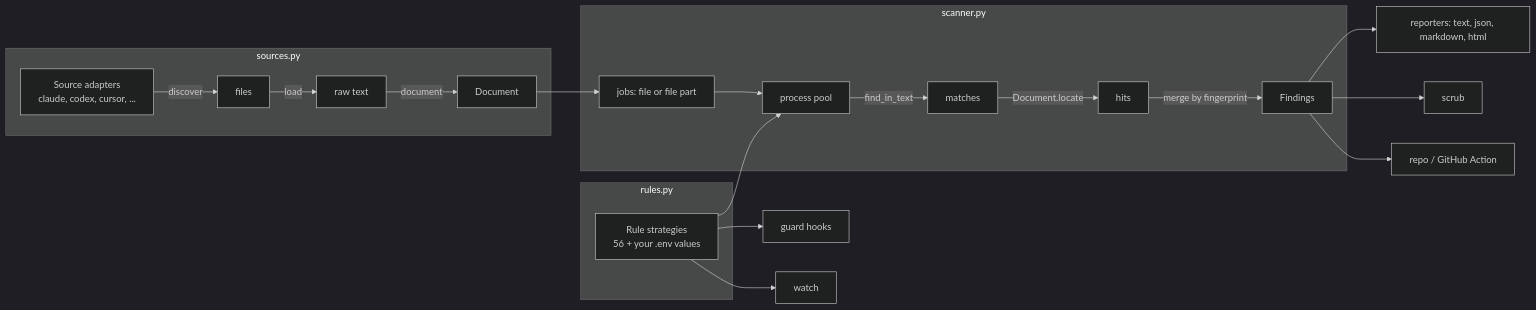
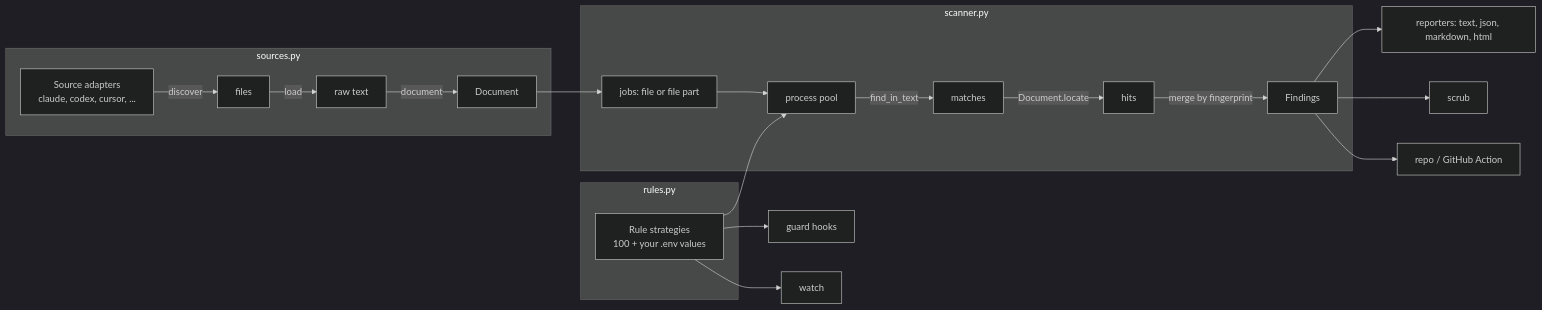
Before and after one commit to maximilianfeix/spillage: the diagram in docs/ARCHITECTURE.md, drawn with Mermaid (dark theme). The commit also changed other lines of this file and 18 other files, not shown here.

````diff
--- a/docs/ARCHITECTURE.md
+++ b/docs/ARCHITECTURE.md
@@ -5,24 +5,24 @@
 ```mermaid
 flowchart LR
     subgraph sources.py
         A[Source adapters<br/>claude, codex, cursor, ...] -->|discover| F[files]
         F -->|load| T[raw text]
         T -->|document| D[Document]
     end
     subgraph rules.py
-        R[Rule strategies<br/>56 + your .env values]
+        R[Rule strategies<br/>100 + your .env values]
     end
     subgraph scanner.py
         J[jobs: file or file part] --> W[process pool]
         W -->|find_in_text| M[matches]
         M -->|Document.locate| H[hits]
         H -->|merge by fingerprint| FI[Findings]
     end
     D --> J
     R --> W
     FI --> REP[reporters: text, json, markdown, html]
     FI --> SC[scrub]
     FI --> REPO[repo / GitHub Action]
     R --> G[guard hooks]
     R --> WA[watch]
 ```
````
